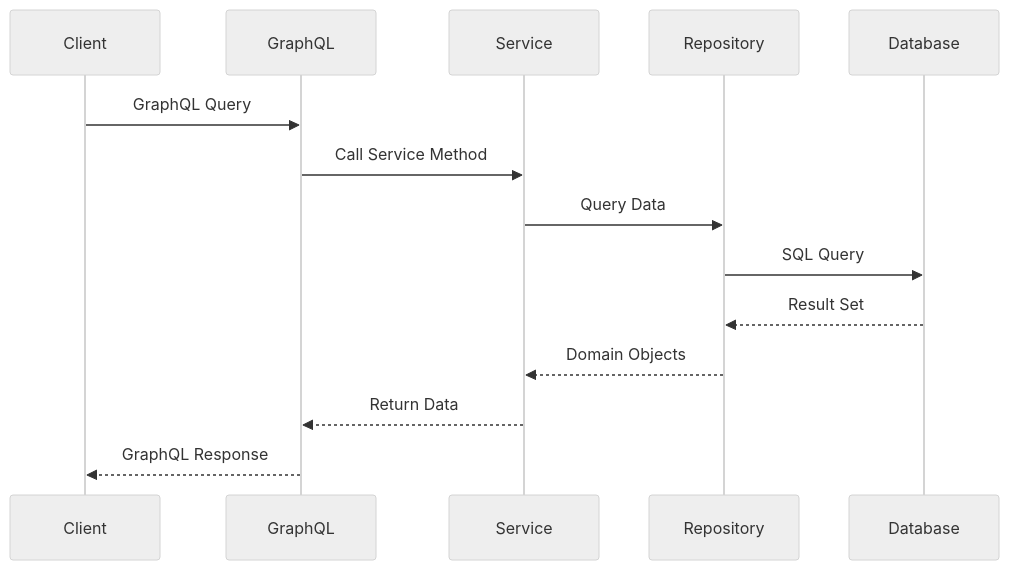
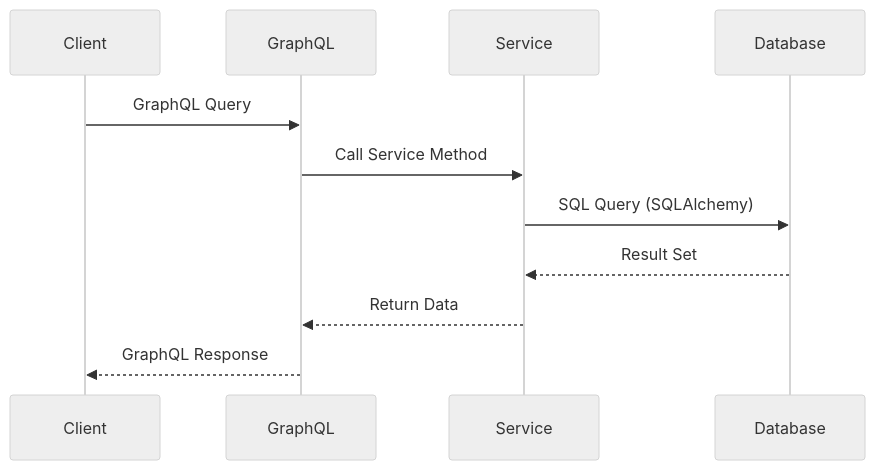
Before and after one commit to twtrubiks/graphql-python-blog: the sixth of 7 diagrams in docs/architecture.md, drawn with Mermaid (neutral theme). The commit also changed other lines of this file and 9 other files, not shown here.

````diff
--- a/docs/architecture.md
+++ b/docs/architecture.md
@@ -409,17 +454,14 @@
 ```mermaid
 sequenceDiagram
     participant Client
     participant GraphQL
     participant Service
-    participant Repository
     participant Database
 
     Client->>GraphQL: GraphQL Query
     GraphQL->>Service: Call Service Method
-    Service->>Repository: Query Data
-    Repository->>Database: SQL Query
-    Database-->>Repository: Result Set
-    Repository-->>Service: Domain Objects
+    Service->>Database: SQL Query (SQLAlchemy)
+    Database-->>Service: Result Set
     Service-->>GraphQL: Return Data
     GraphQL-->>Client: GraphQL Response
 ```
````
